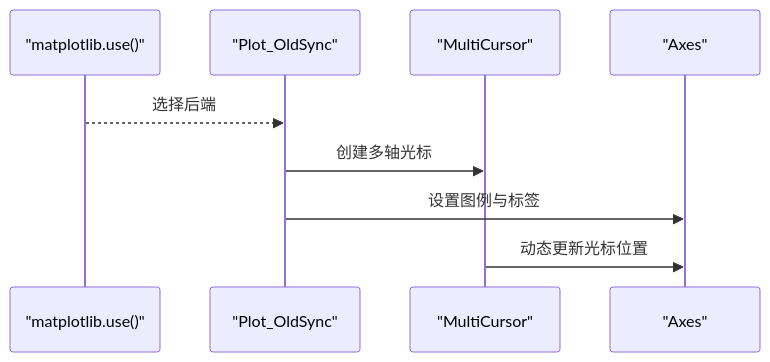
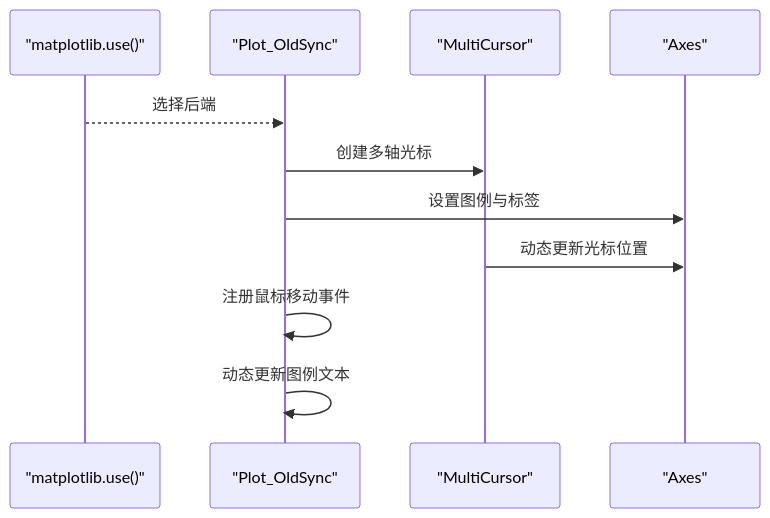
The eighth of 10 diagrams in .qoder/repowiki/zh/content/项目概述/核心功能特性/可视化系统/图表渲染引擎.md (bench-prog/backtrader), drawn with Mermaid before and after one commit. The commit also changed other lines of this file and 40 other files, not shown here.

````diff
--- a/.qoder/repowiki/zh/content/项目概述/核心功能特性/可视化系统/图表渲染引擎.md
+++ b/.qoder/repowiki/zh/content/项目概述/核心功能特性/可视化系统/图表渲染引擎.md
@@ -276,11 +307,13 @@
 ```mermaid
 sequenceDiagram
 participant Backend as "matplotlib.use()"
 participant Plot as "Plot_OldSync"
 participant MC as "MultiCursor"
 participant Ax as "Axes"
 Backend-->>Plot : 选择后端
 Plot->>MC : 创建多轴光标
 Plot->>Ax : 设置图例与标签
 MC->>Ax : 动态更新光标位置
+Plot->>Plot : 注册鼠标移动事件
+Plot->>Plot : 动态更新图例文本
 ```
````
